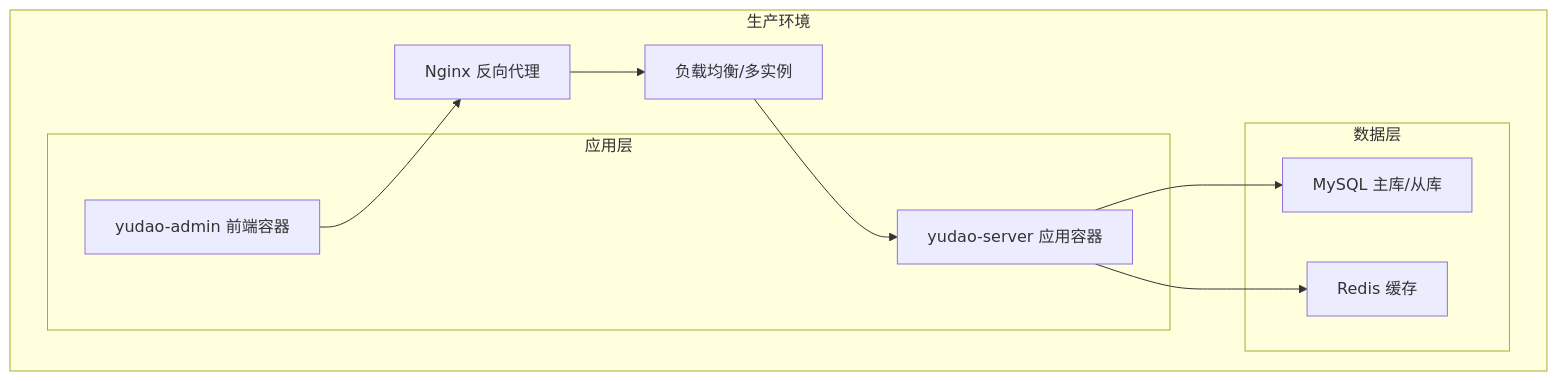
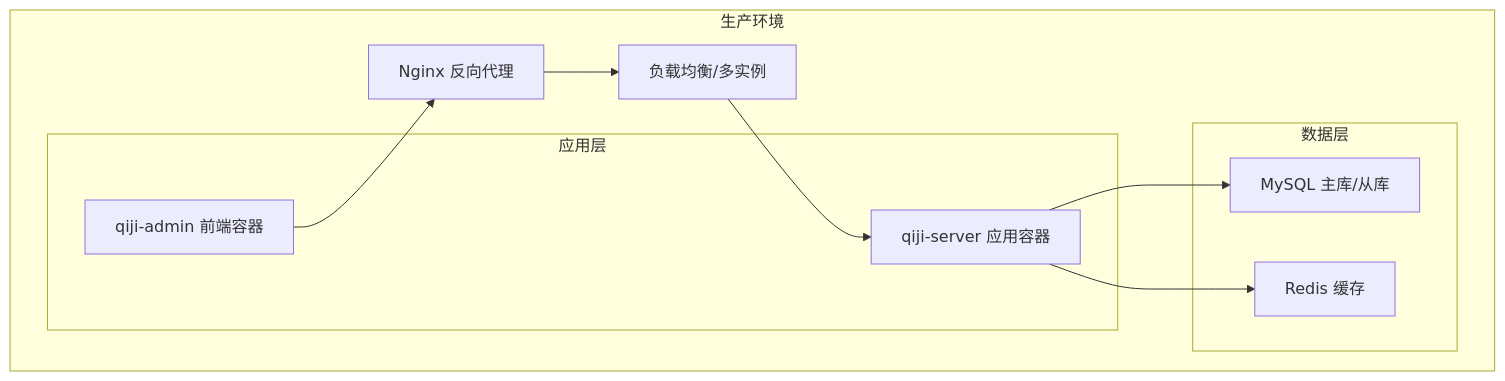
Before and after one commit to zhuangpengLI/AgenticCPS: the first of 7 diagrams in backend/.qoder/repowiki/zh/content/部署与运维/生产环境部署.md, drawn with Mermaid. The commit also changed other lines of this file and 3489 other files, not shown here.

````diff
--- a/backend/.qoder/repowiki/zh/content/部署与运维/生产环境部署.md
+++ b/backend/.qoder/repowiki/zh/content/部署与运维/生产环境部署.md
@@ -38,19 +38,19 @@
 ```mermaid
 graph TB
 subgraph "生产环境"
 Nginx["Nginx 反向代理"]
 LB["负载均衡/多实例"]
 subgraph "应用层"
-Srv["yudao-server 应用容器"]
-Admin["yudao-admin 前端容器"]
+Srv["qiji-server 应用容器"]
+Admin["qiji-admin 前端容器"]
 end
 subgraph "数据层"
 MySQL["MySQL 主库/从库"]
 Redis["Redis 缓存"]
 end
 end
 Nginx --> LB --> Srv
 Admin --> Nginx
 Srv --> MySQL
 Srv --> Redis
 ```
````
